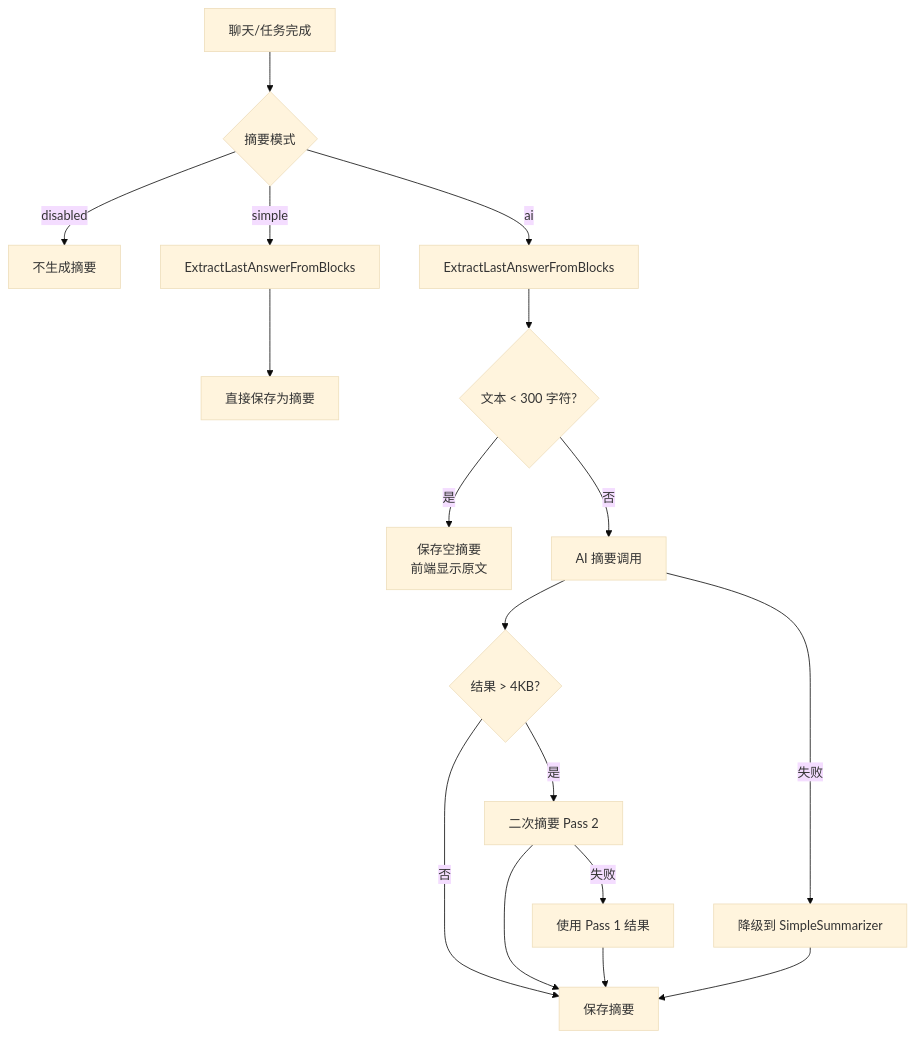
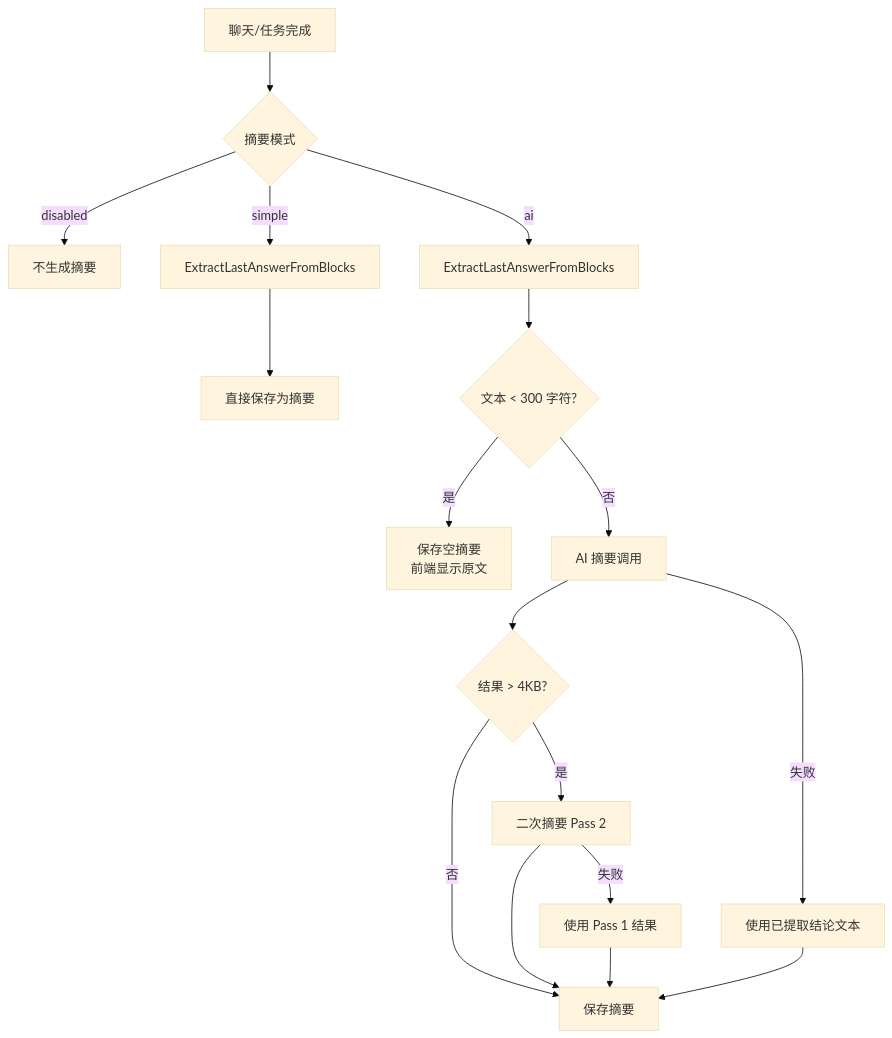
The first of 2 diagrams in docs/spec/core/summarization.md (0REZ/clawbench), drawn with Mermaid (base theme) before and after one commit. The commit also changed other lines of this file and 133 other files, not shown here.

````diff
--- a/docs/spec/core/summarization.md
+++ b/docs/spec/core/summarization.md
@@ -9,19 +9,19 @@
 ```mermaid
 flowchart TD
     A[聊天/任务完成] --> B{摘要模式}
     B -->|disabled| Z[不生成摘要]
     B -->|simple| C[ExtractLastAnswerFromBlocks]
     C --> D[直接保存为摘要]
     B -->|ai| E[ExtractLastAnswerFromBlocks]
     E --> F{文本 < 300 字符?}
     F -->|是| G[保存空摘要<br/>前端显示原文]
     F -->|否| H[AI 摘要调用]
     H --> I{结果 > 4KB?}
     I -->|否| J[保存摘要]
     I -->|是| K[二次摘要 Pass 2]
     K --> J
     K -->|失败| L[使用 Pass 1 结果]
     L --> J
-    H -->|失败| M[降级到 SimpleSummarizer]
+    H -->|失败| M[使用已提取结论文本]
     M --> J
 ```
````
